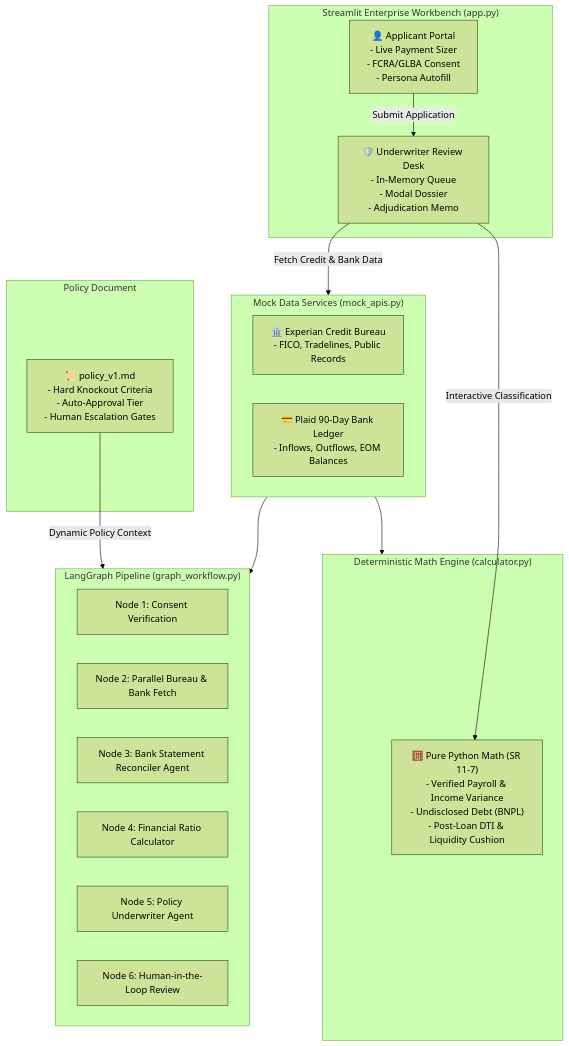
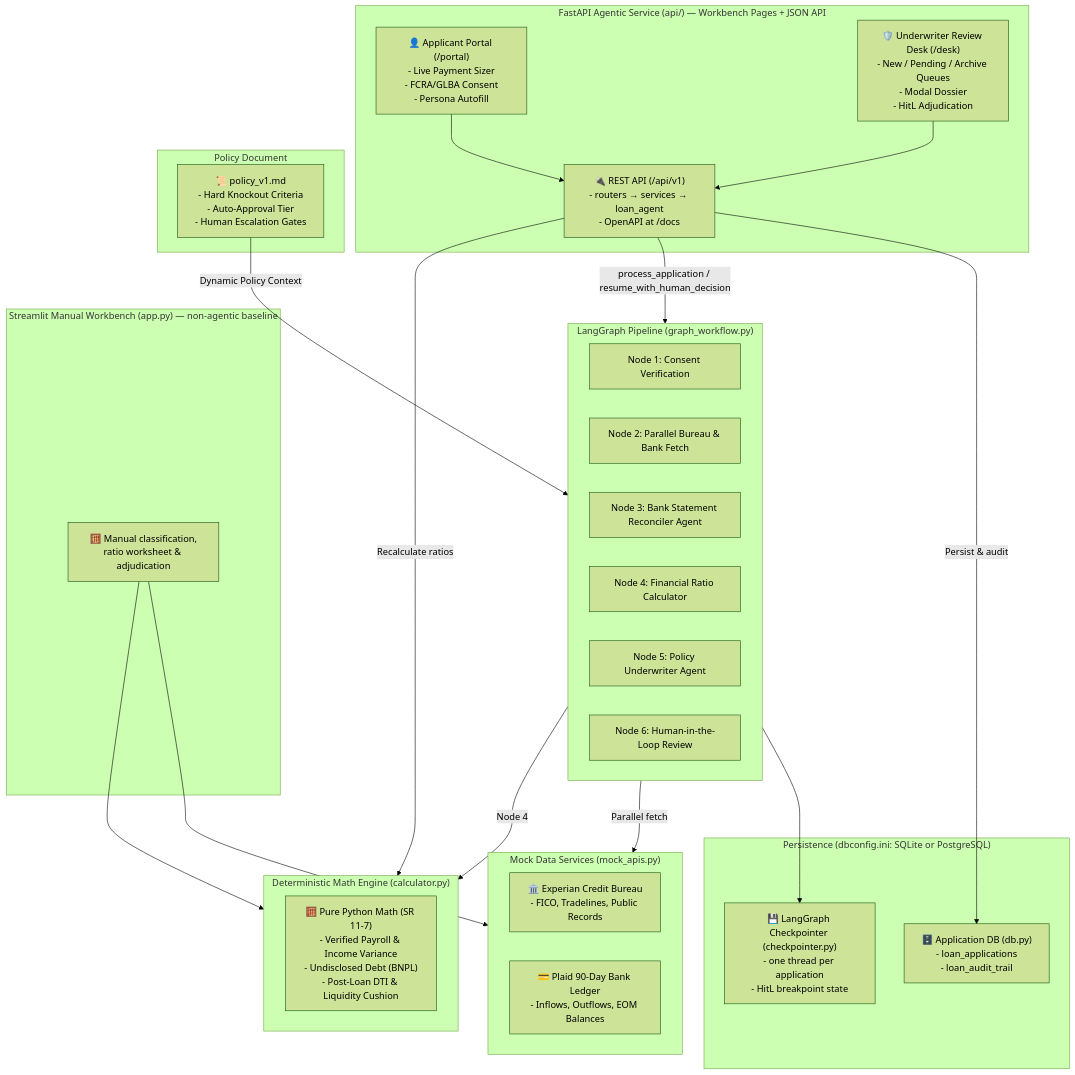
Before and after one commit to vipar-11/loan-agent: the diagram in README.md, drawn with Mermaid (forest theme). The commit also changed other lines of this file and 43 other files, not shown here.

````diff
--- a/README.md
+++ b/README.md
@@ -28,36 +29,51 @@
 ```mermaid
 flowchart TD
-    subgraph UI["Streamlit Enterprise Workbench (app.py)"]
-        Portal["👤 Applicant Portal\n- Live Payment Sizer\n- FCRA/GLBA Consent\n- Persona Autofill"]
-        Desk["🛡️ Underwriter Review Desk\n- In-Memory Queue\n- Modal Dossier\n- Adjudication Memo"]
+    subgraph UI["FastAPI Agentic Service (api/) — Workbench Pages + JSON API"]
+        Portal["👤 Applicant Portal (/portal)\n- Live Payment Sizer\n- FCRA/GLBA Consent\n- Persona Autofill"]
+        Desk["🛡️ Underwriter Review Desk (/desk)\n- New / Pending / Archive Queues\n- Modal Dossier\n- HitL Adjudication"]
+        API["🔌 REST API (/api/v1)\n- routers → services → loan_agent\n- OpenAPI at /docs"]
+        Portal --> API
+        Desk --> API
+    end
+
+    subgraph Manual["Streamlit Manual Workbench (app.py) — non-agentic baseline"]
+        ManualDesk["🧮 Manual classification,\nratio worksheet & adjudication"]
+    end
+
+    subgraph Persist["Persistence (dbconfig.ini: SQLite or PostgreSQL)"]
+        AppDB["🗄️ Application DB (db.py)\n- loan_applications\n- loan_audit_trail"]
+        CkptDB["💾 LangGraph Checkpointer (checkpointer.py)\n- one thread per application\n- HitL breakpoint state"]
     end
 
     subgraph Data["Mock Data Services (mock_apis.py)"]
         Experian["🏛️ Experian Credit Bureau\n- FICO, Tradelines, Public Records"]
         Plaid["💳 Plaid 90-Day Bank Ledger\n- Inflows, Outflows, EOM Balances"]
     end
 
     subgraph Engine["Deterministic Math Engine (calculator.py)"]
         Calc["🧮 Pure Python Math (SR 11-7)\n- Verified Payroll & Income Variance\n- Undisclosed Debt (BNPL)\n- Post-Loan DTI & Liquidity Cushion"]
     end
 
     subgraph Agentic["LangGraph Pipeline (graph_workflow.py)"]
         Node1["Node 1: Consent Verification"]
         Node2["Node 2: Parallel Bureau & Bank Fetch"]
         Node3["Node 3: Bank Statement Reconciler Agent"]
         Node4["Node 4: Financial Ratio Calculator"]
         Node5["Node 5: Policy Underwriter Agent"]
         Node6["Node 6: Human-in-the-Loop Review"]
     end
 
     subgraph Policy["Policy Document"]
         PolMD["📜 policy_v1.md\n- Hard Knockout Criteria\n- Auto-Approval Tier\n- Human Escalation Gates"]
     end
 
-    Portal -->|Submit Application| Desk
-    Desk -->|Fetch Credit & Bank Data| Data
-    Desk -->|Interactive Classification| Calc
-    Data --> Engine
-    Data --> Agentic
+    API -->|Persist & audit| AppDB
+    API -->|process_application / resume_with_human_decision| Agentic
+    Agentic --> CkptDB
+    Agentic -->|Parallel fetch| Data
+    Agentic -->|Node 4| Engine
+    API -->|Recalculate ratios| Engine
+    ManualDesk --> Data
+    ManualDesk --> Engine
     PolMD -->|Dynamic Policy Context| Agentic
 ```
````
